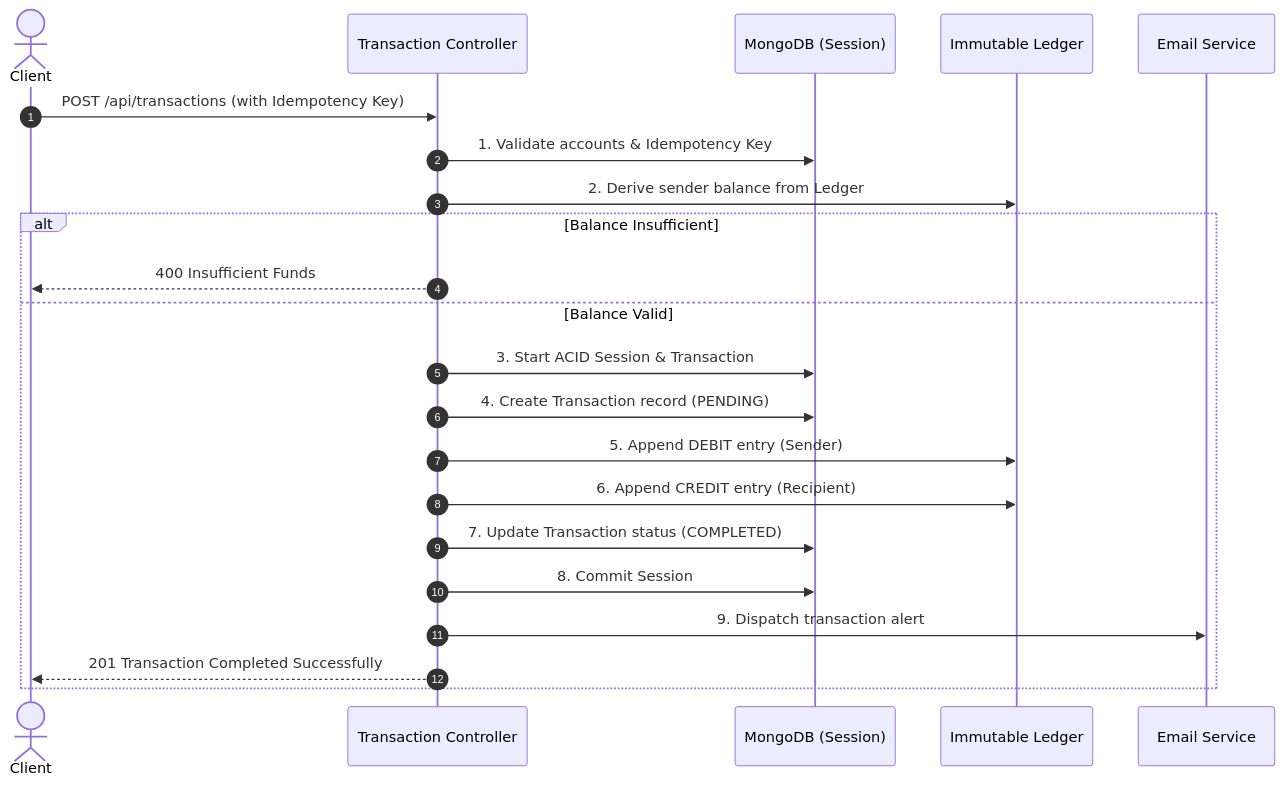
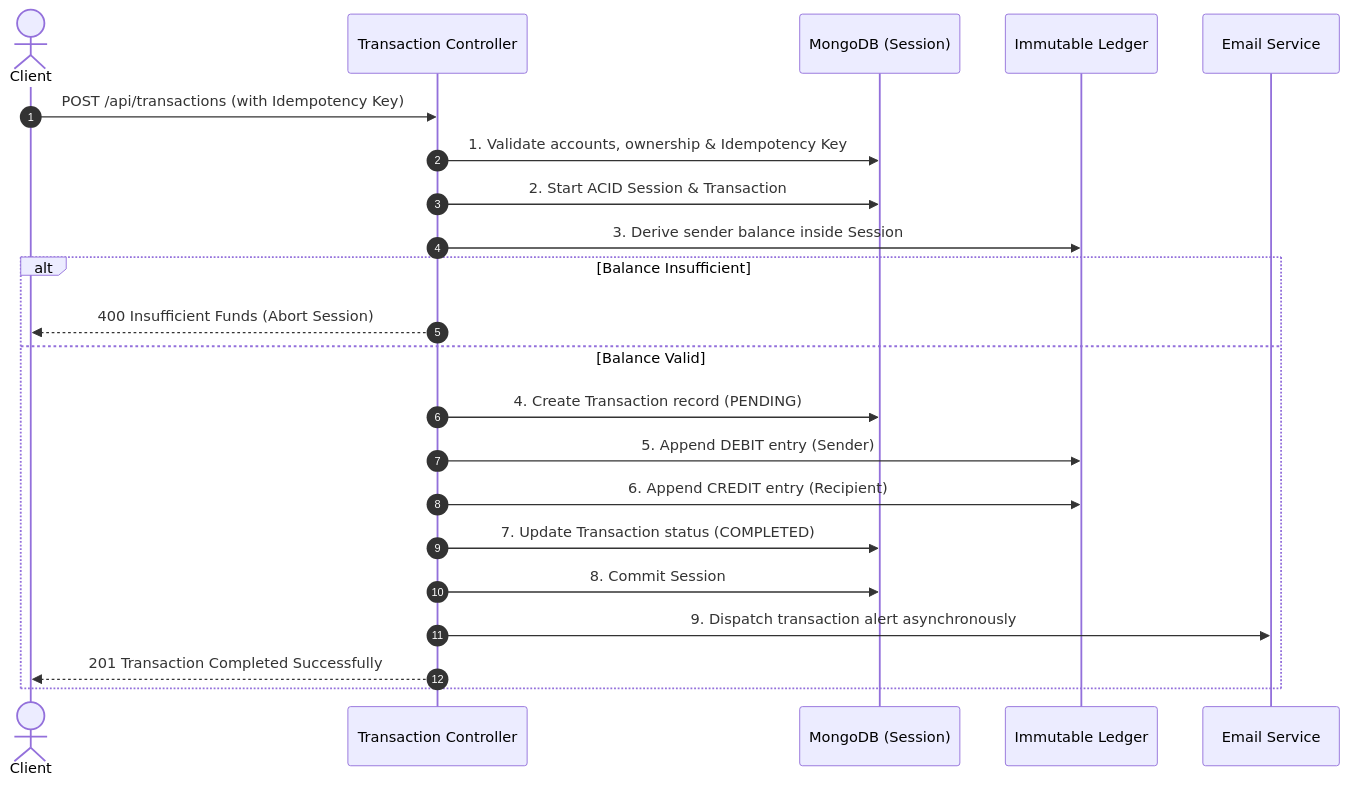
One commit to vishalkumar2501/VaultX-Banking-System changed the diagram in README.md. Above: the diagram before and after it, drawn with Mermaid. The commit also changed other lines of this file and 58 other files, not shown here.

````diff
--- a/README.md
+++ b/README.md
@@ -53,25 +52,25 @@
 ```mermaid
 sequenceDiagram
     autonumber
     actor Client
     participant Controller as Transaction Controller
     participant DB as MongoDB (Session)
     participant Ledger as Immutable Ledger
     participant Email as Email Service
 
     Client->>Controller: POST /api/transactions (with Idempotency Key)
-    Controller->>DB: 1. Validate accounts & Idempotency Key
-    Controller->>Ledger: 2. Derive sender balance from Ledger
+    Controller->>DB: 1. Validate accounts, ownership & Idempotency Key
+    Controller->>DB: 2. Start ACID Session & Transaction
+    Controller->>Ledger: 3. Derive sender balance inside Session
     alt Balance Insufficient
-        Controller-->>Client: 400 Insufficient Funds
+        Controller-->>Client: 400 Insufficient Funds (Abort Session)
     else Balance Valid
-        Controller->>DB: 3. Start ACID Session & Transaction
         Controller->>DB: 4. Create Transaction record (PENDING)
         Controller->>Ledger: 5. Append DEBIT entry (Sender)
         Controller->>Ledger: 6. Append CREDIT entry (Recipient)
         Controller->>DB: 7. Update Transaction status (COMPLETED)
         Controller->>DB: 8. Commit Session
-        Controller->>Email: 9. Dispatch transaction alert
+        Controller->>Email: 9. Dispatch transaction alert asynchronously
         Controller-->>Client: 201 Transaction Completed Successfully
     end
 ```
````
